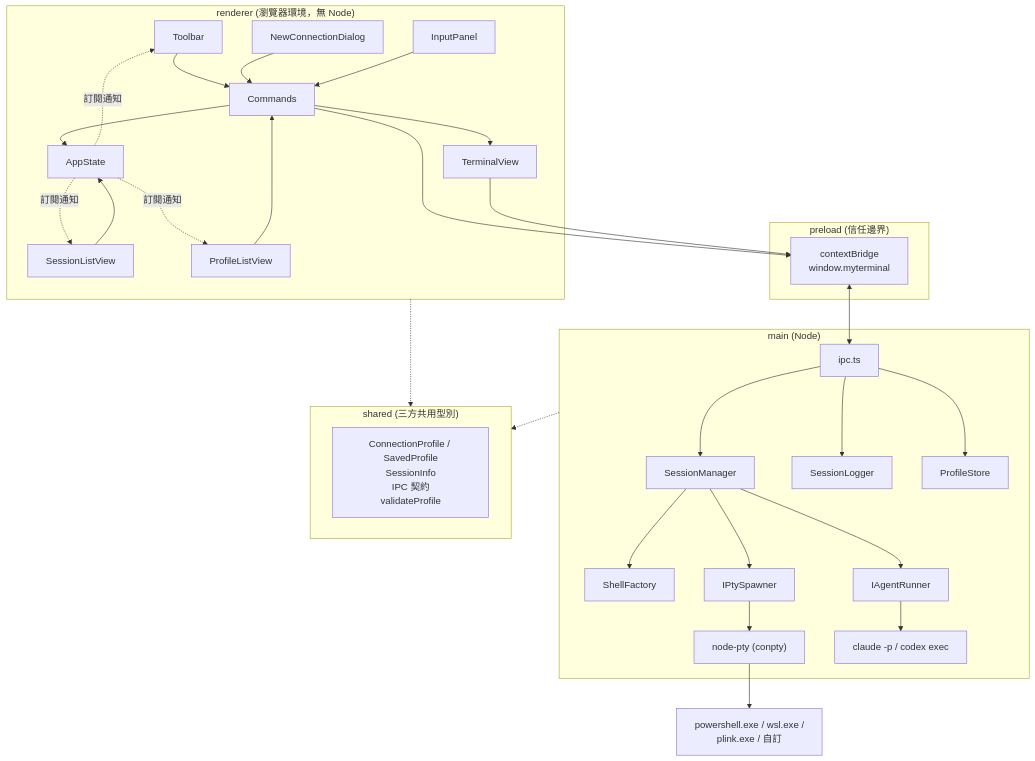
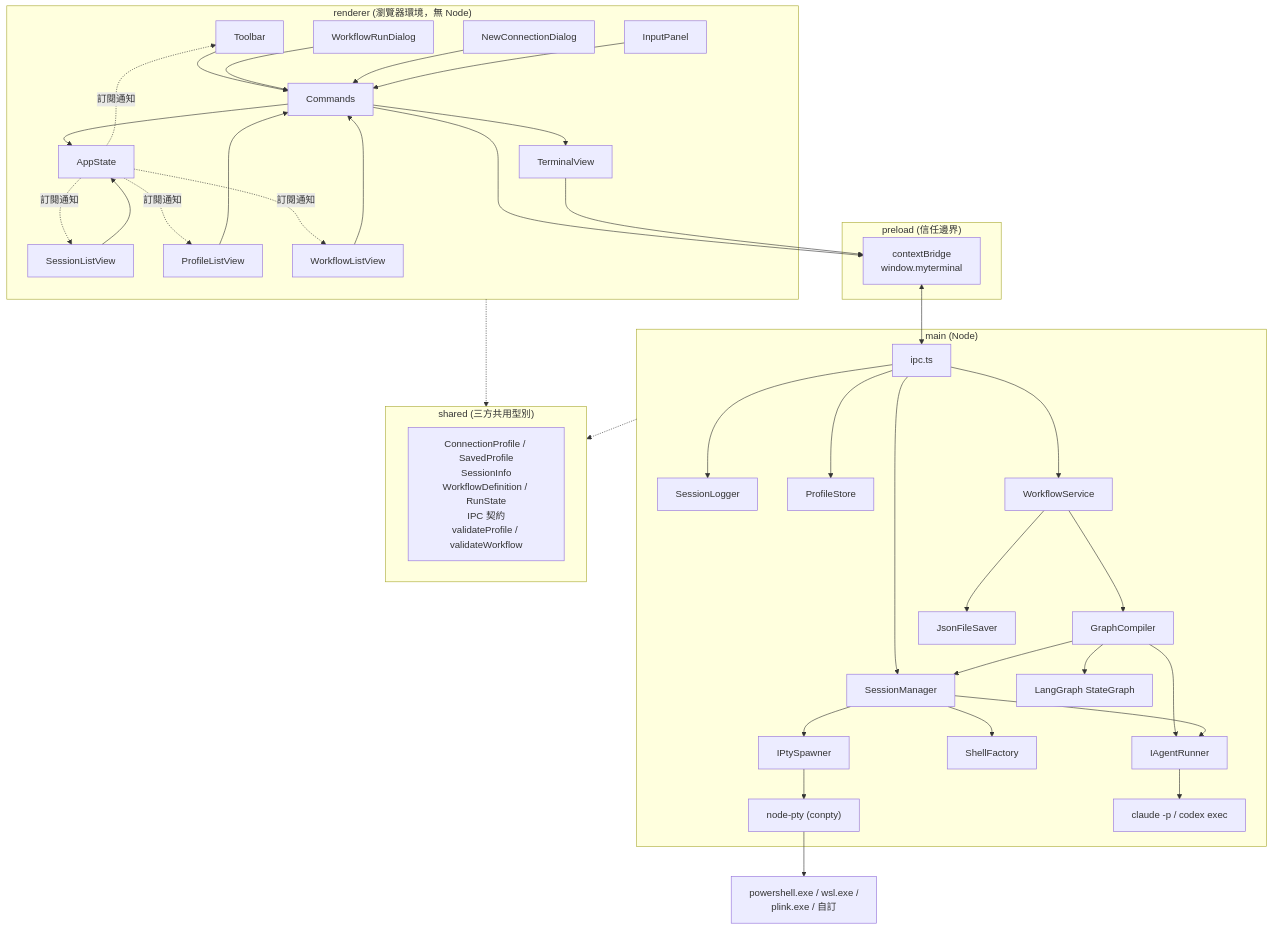
Before and after one commit to Mufu/myterminal: the first of 3 diagrams in docs/ARCHITECTURE.md, drawn with Mermaid. The commit also changed other lines of this file and 3 other files, not shown here.

````diff
--- a/docs/ARCHITECTURE.md
+++ b/docs/ARCHITECTURE.md
@@ -10,42 +10,51 @@
 ```mermaid
 flowchart TB
   subgraph renderer["renderer (瀏覽器環境，無 Node)"]
     Toolbar --> Commands
     SessionListView --> AppState
     ProfileListView --> Commands
+    WorkflowListView --> Commands
+    WorkflowRunDialog --> Commands
     Commands --> AppState
     Commands --> TerminalView
     AppState -. 訂閱通知 .-> Toolbar
     AppState -. 訂閱通知 .-> SessionListView
     AppState -. 訂閱通知 .-> ProfileListView
+    AppState -. 訂閱通知 .-> WorkflowListView
     NewConnectionDialog --> Commands
     InputPanel --> Commands
   end
 
   subgraph preload["preload (信任邊界)"]
     Bridge["contextBridge<br/>window.myterminal"]
   end
 
   subgraph main["main (Node)"]
     IPCLayer["ipc.ts"] --> SessionManager
     IPCLayer --> SessionLogger
     IPCLayer --> ProfileStore
+    IPCLayer --> WorkflowService
+    WorkflowService --> GraphCompiler
+    GraphCompiler --> LangGraph["LangGraph StateGraph"]
+    GraphCompiler --> IAgentRunner
+    GraphCompiler --> SessionManager
+    WorkflowService --> JsonFileSaver
     SessionManager --> ShellFactory
     SessionManager --> IPtySpawner
     SessionManager --> IAgentRunner
     IPtySpawner --> NodePty["node-pty (conpty)"]
     IAgentRunner --> AgentCli["claude -p / codex exec"]
   end
 
   subgraph shared["shared (三方共用型別)"]
-    Profile["ConnectionProfile / SavedProfile<br/>SessionInfo<br/>IPC 契約<br/>validateProfile"]
+    Profile["ConnectionProfile / SavedProfile<br/>SessionInfo<br/>WorkflowDefinition / RunState<br/>IPC 契約<br/>validateProfile / validateWorkflow"]
   end
 
   Commands --> Bridge
   TerminalView --> Bridge
   Bridge <--> IPCLayer
   renderer -.-> shared
   main -.-> shared
 
   NodePty --> Backends["powershell.exe / wsl.exe /<br/>plink.exe / 自訂"]
 ```
````
